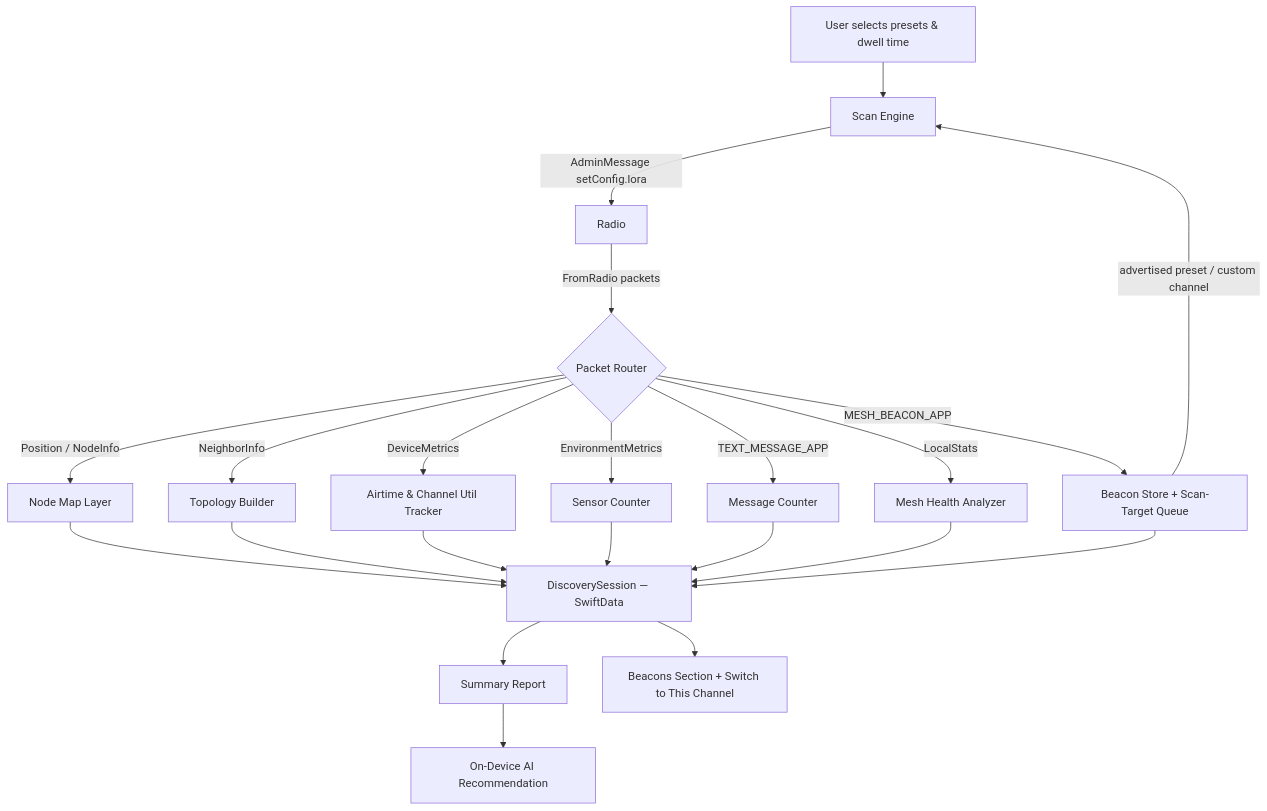
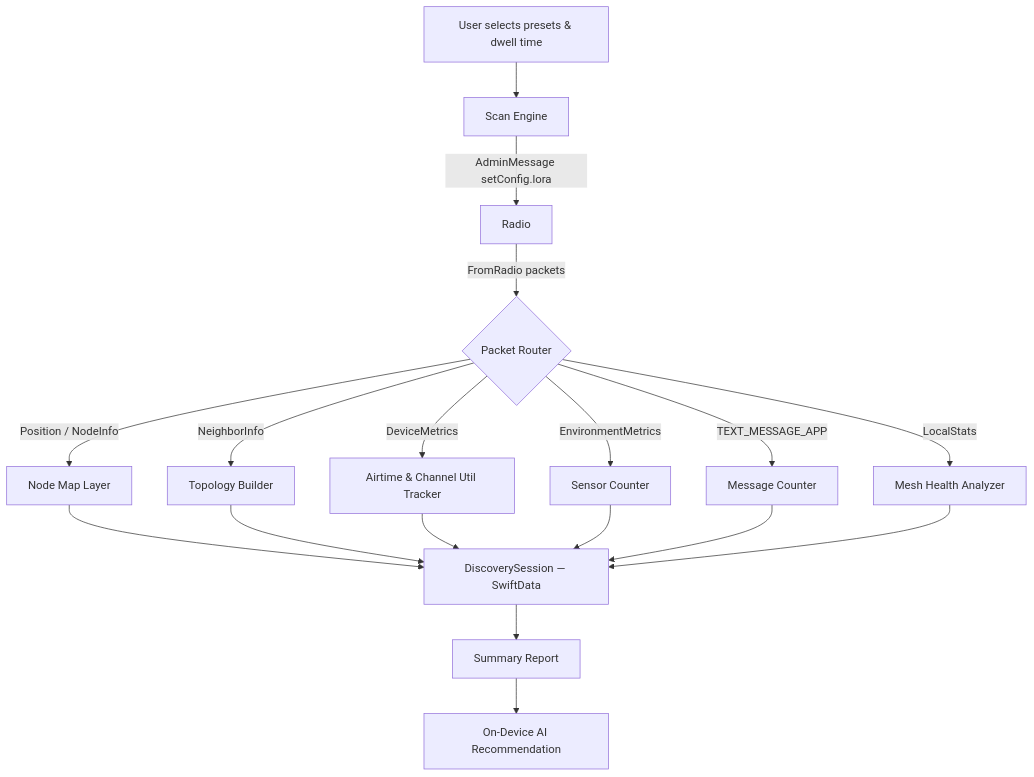
One commit to meshtastic/Meshtastic-Apple changed the second of 2 diagrams in specs/001-local-mesh-discovery/spec.md. Above: the diagram before and after it, drawn with Mermaid. The commit also changed other lines of this file and 2 other files, not shown here.

First line of the commit message:
docs(spec): split mesh beacons into standalone spec 014

````diff
--- a/specs/001-local-mesh-discovery/spec.md
+++ b/specs/001-local-mesh-discovery/spec.md
@@ -168,24 +130,20 @@
 ```mermaid
 flowchart TD
     A[User selects presets & dwell time] --> B[Scan Engine]
     B -->|AdminMessage setConfig.lora| C[Radio]
     C -->|FromRadio packets| D{Packet Router}
     D -->|Position / NodeInfo| E[Node Map Layer]
     D -->|NeighborInfo| F[Topology Builder]
     D -->|DeviceMetrics| G[Airtime & Channel Util Tracker]
     D -->|EnvironmentMetrics| H[Sensor Counter]
     D -->|TEXT_MESSAGE_APP| I[Message Counter]
     D -->|LocalStats| J[Mesh Health Analyzer]
-    D -->|MESH_BEACON_APP| N[Beacon Store + Scan-Target Queue]
     E --> K[DiscoverySession — SwiftData]
     F --> K
     G --> K
     H --> K
     I --> K
     J --> K
-    N --> K
-    N -->|advertised preset / custom channel| B
     K --> L[Summary Report]
     L --> M[On-Device AI Recommendation]
-    K --> O[Beacons Section + Switch to This Channel]
 ```
````
